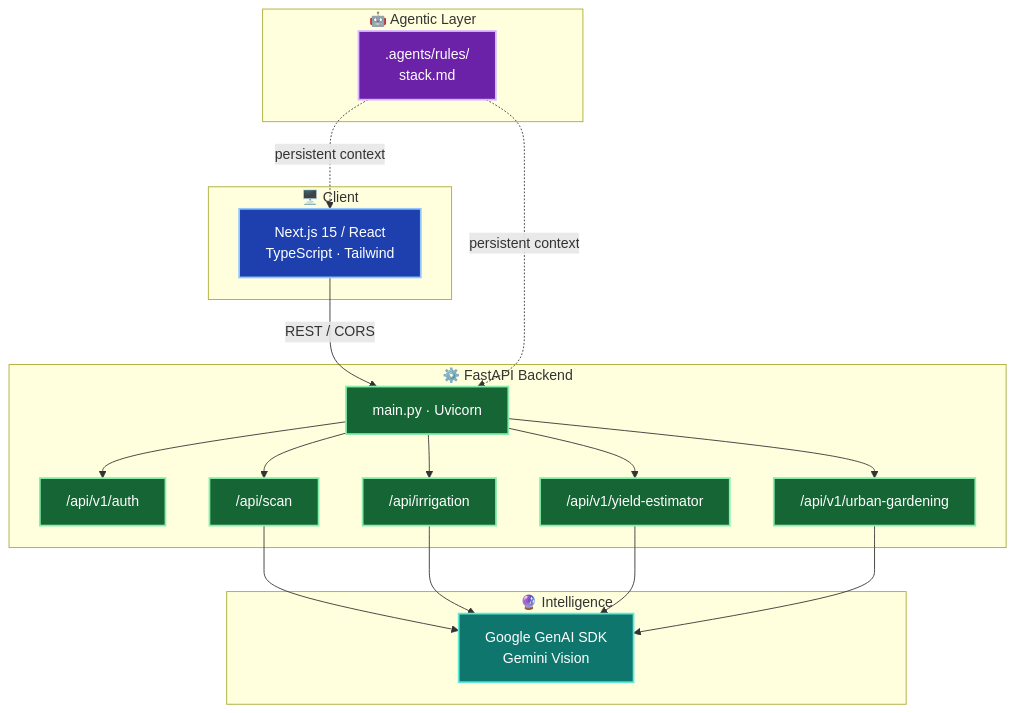
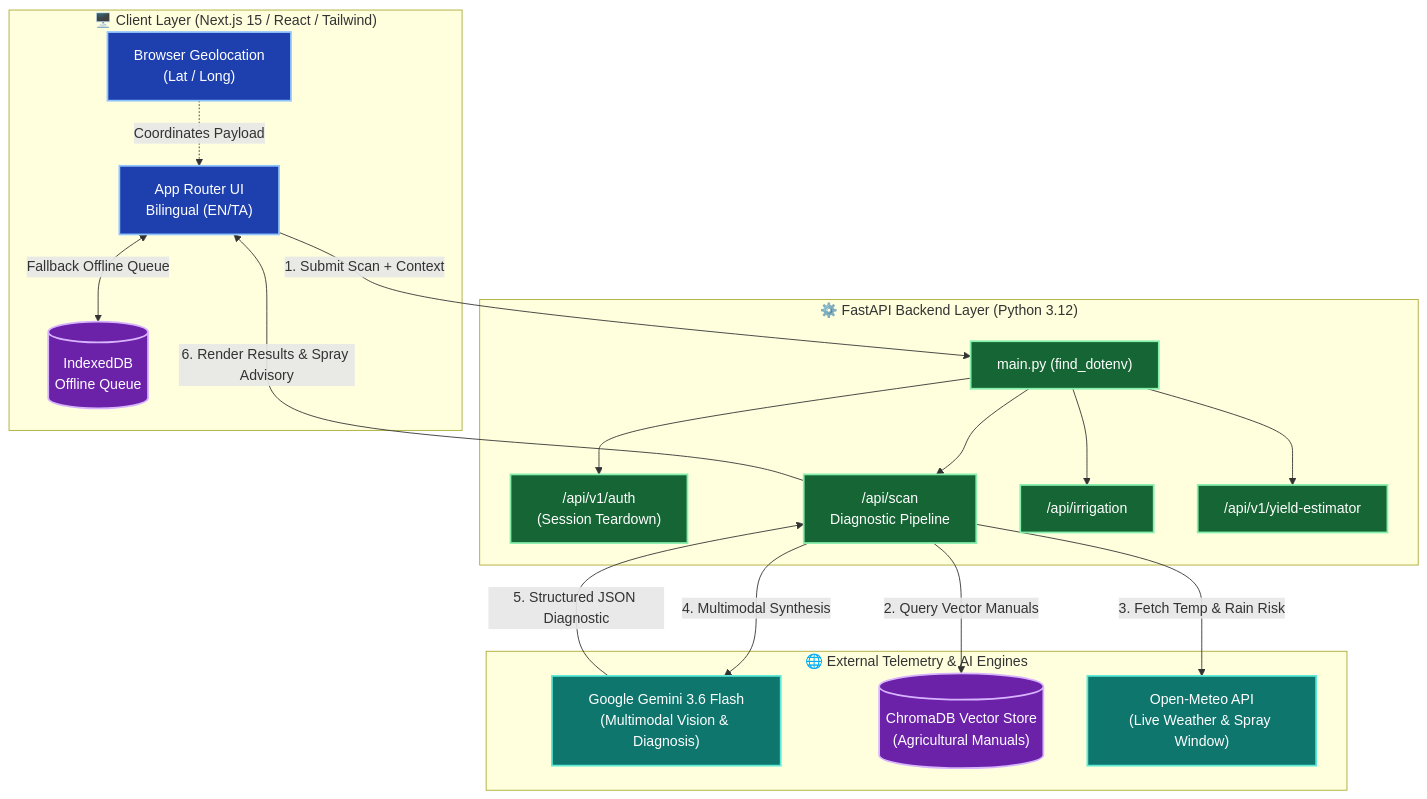
One commit to Srikanth-coderdal/Agrosphere changed the diagram in README.md. Above: the diagram before and after it, drawn with Mermaid. The commit also changed other lines of this file and 39 other files, not shown here.

Commit message:
feat: centralize root env, add Gemini 3.6 Flash integration, safe logout, and weather advisory RAG

````diff
--- a/README.md
+++ b/README.md
@@ -138,46 +167,47 @@
 ```mermaid
 flowchart TB
-  subgraph CLIENT["🖥️ Client"]
-    FE["Next.js 15 / React<br/>TypeScript · Tailwind"]
+  subgraph CLIENT["🖥️ Client Layer (Next.js 15 / React / Tailwind)"]
+    FE["App Router UI<br/>Bilingual (EN/TA)"]
+    IDB[("IndexedDB<br/>Offline Queue")]
+    GEO["Browser Geolocation<br/>(Lat / Long)"]
   end
 
-  subgraph API["⚙️ FastAPI Backend"]
-    MAIN["main.py · Uvicorn"]
-    AUTH["/api/v1/auth"]
-    SCAN["/api/scan"]
+  subgraph API["⚙️ FastAPI Backend Layer (Python 3.12)"]
+    MAIN["main.py (find_dotenv)"]
+    AUTH["/api/v1/auth<br/>(Session Teardown)"]
+    SCAN["/api/scan<br/>Diagnostic Pipeline"]
     IRR["/api/irrigation"]
     YIELD["/api/v1/yield-estimator"]
-    URBAN["/api/v1/urban-gardening"]
   end
 
-  subgraph AI["🔮 Intelligence"]
-    GEM["Google GenAI SDK<br/>Gemini Vision"]
+  subgraph EXT["🌐 External Telemetry & AI Engines"]
+    GEM["Google Gemini 3.6 Flash<br/>(Multimodal Vision & Diagnosis)"]
+    RAG[("ChromaDB Vector Store<br/>(Agricultural Manuals)")]
+    METEO["Open-Meteo API<br/>(Live Weather & Spray Window)"]
   end
 
-  subgraph AGENTS["🤖 Agentic Layer"]
-    RULES[".agents/rules/<br/>stack.md"]
-  end
+  FE -->|"1. Submit Scan + Context"| MAIN
+  GEO -.->|"Coordinates Payload"| FE
+  FE <-->|"Fallback Offline Queue"| IDB
 
-  FE -->|"REST / CORS"| MAIN
   MAIN --> AUTH
   MAIN --> SCAN
   MAIN --> IRR
   MAIN --> YIELD
-  MAIN --> URBAN
-  SCAN --> GEM
-  IRR --> GEM
-  YIELD --> GEM
-  URBAN --> GEM
-  RULES -.->|"persistent context"| FE
-  RULES -.->|"persistent context"| MAIN
+
+  SCAN -->|"2. Query Vector Manuals"| RAG
+  SCAN -->|"3. Fetch Temp & Rain Risk"| METEO
+  SCAN -->|"4. Multimodal Synthesis"| GEM
+  GEM -->|"5. Structured JSON Diagnostic"| SCAN
+  SCAN -->|"6. Render Results & Spray Advisory"| FE
 
   classDef frontend fill:#1E40AF,stroke:#93C5FD,color:#FFFFFF,stroke-width:2px
   classDef backend fill:#166534,stroke:#86EFAC,color:#FFFFFF,stroke-width:2px
-  classDef agents fill:#6B21A8,stroke:#D8B4FE,color:#FFFFFF,stroke-width:2px
-  classDef intel fill:#0F766E,stroke:#5EEAD4,color:#FFFFFF,stroke-width:2px
+  classDef external fill:#0F766E,stroke:#5EEAD4,color:#FFFFFF,stroke-width:2px
+  classDef db fill:#6B21A8,stroke:#D8B4FE,color:#FFFFFF,stroke-width:2px
 
-  class FE frontend
-  class MAIN,AUTH,SCAN,IRR,YIELD,URBAN backend
-  class RULES agents
-  class GEM intel
+  class FE,GEO frontend
+  class IDB,RAG db
+  class MAIN,AUTH,SCAN,IRR,YIELD backend
+  class GEM,METEO external
 ```
````
